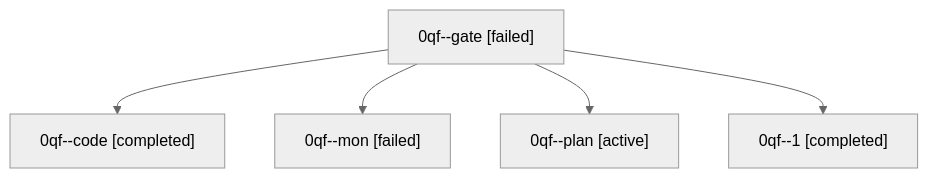
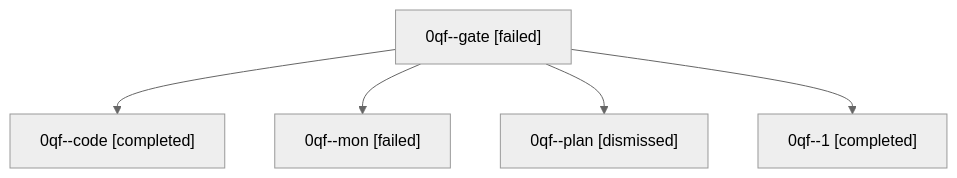
Before and after one commit to sase-org/sase--agents: the diagram in sessions/bbugyi200.athena.0qf.md, drawn with Mermaid (neutral theme). The commit also changed other lines of this file and 29 other files, not shown here.

````diff
--- a/sessions/bbugyi200.athena.0qf.md
+++ b/sessions/bbugyi200.athena.0qf.md
@@ -9,12 +9,12 @@
 ```mermaid
 flowchart TD
   n0["0qf--gate [failed]"]
   n1["0qf--code [completed]"]
   n0 --> n1
   n2["0qf--mon [failed]"]
   n0 --> n2
-  n3["0qf--plan [active]"]
+  n3["0qf--plan [dismissed]"]
   n0 --> n3
   n4["0qf--1 [completed]"]
   n0 --> n4
 ```
````
